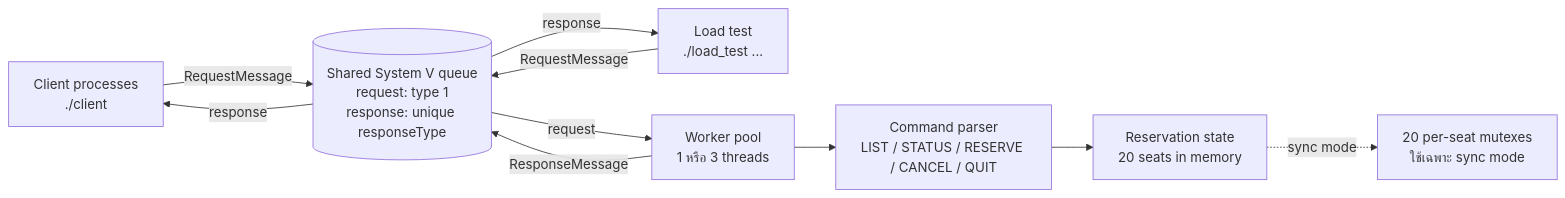
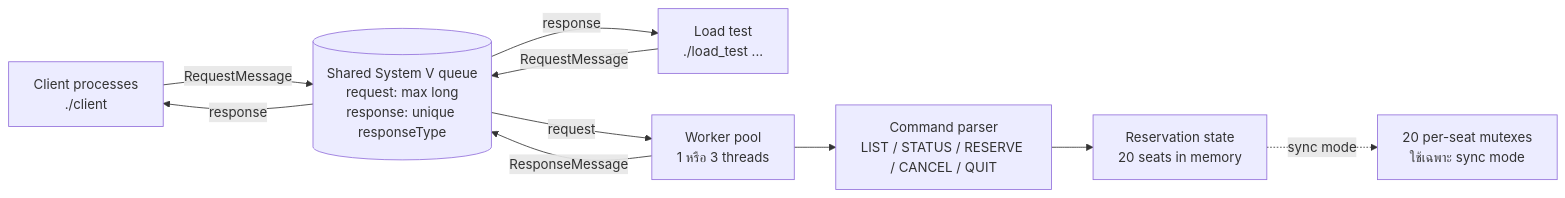
One commit to vixvify/airplane-booking changed the first of 5 diagrams in docs/architecture.md. Above: the diagram before and after it, drawn with Mermaid. The commit also changed other lines of this file and 13 other files, not shown here.

Commit message:
Prevent expired shared queue response leaks

````diff
--- a/docs/architecture.md
+++ b/docs/architecture.md
@@ -13,20 +13,20 @@
 ```mermaid
 flowchart LR
     Client["Client processes\n./client <client_id>"]
     LoadTest["Load test\n./load_test ..."]
-    Queue[("Shared System V queue\nrequest: type 1\nresponse: unique responseType")]
+    Queue[("Shared System V queue\nrequest: max long\nresponse: unique responseType")]
     Workers["Worker pool\n1 หรือ 3 threads"]
     Commands["Command parser\nLIST / STATUS / RESERVE / CANCEL / QUIT"]
     Reservation["Reservation state\n20 seats in memory"]
     Locks["20 per-seat mutexes\nใช้เฉพาะ sync mode"]
 
     Client -->|RequestMessage| Queue
     LoadTest -->|RequestMessage| Queue
     Queue -->|request| Workers
     Workers --> Commands
     Commands --> Reservation
     Reservation -. sync mode .-> Locks
     Workers -->|ResponseMessage| Queue
     Queue -->|response| Client
     Queue -->|response| LoadTest
 ```
````
